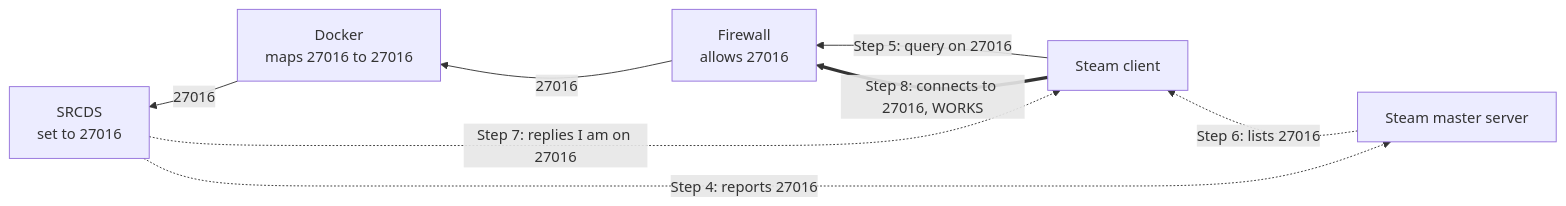
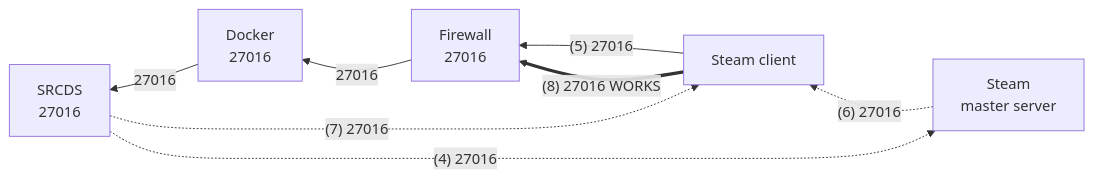
The second of 2 diagrams in networking/ports.md (GameServerManagers/LinuxGSM-Docs), drawn with Mermaid before and after one commit. The commit also changed other lines of this file, not shown here.

Commit message:
docs(networking): shorten diagram labels so they stay readable

````diff
--- a/networking/ports.md
+++ b/networking/ports.md
@@ -119,16 +119,16 @@
 ```mermaid
 flowchart RL
-    MASTER["Steam master server"]
+    MASTER["Steam<br/>master server"]
     CLIENT["Steam client"]
-    FW["Firewall<br/>allows 27016"]
-    DOCKER["Docker<br/>maps 27016 to 27016"]
-    SRCDS["SRCDS<br/>set to 27016"]
+    FW["Firewall<br/>27016"]
+    DOCKER["Docker<br/>27016"]
+    SRCDS["SRCDS<br/>27016"]
     MASTER ~~~ CLIENT ~~~ FW ~~~ DOCKER ~~~ SRCDS
-    CLIENT -- "Step 5: query on 27016" --> FW
+    CLIENT -- "(5) 27016" --> FW
     FW -- "27016" --> DOCKER
     DOCKER -- "27016" --> SRCDS
-    SRCDS -. "Step 4: reports 27016" .-> MASTER
-    MASTER -. "Step 6: lists 27016" .-> CLIENT
-    SRCDS -. "Step 7: replies I am on 27016" .-> CLIENT
-    CLIENT == "Step 8: connects to 27016, WORKS" ==> FW
+    SRCDS -. "(4) 27016" .-> MASTER
+    MASTER -. "(6) 27016" .-> CLIENT
+    SRCDS -. "(7) 27016" .-> CLIENT
+    CLIENT == "(8) 27016 WORKS" ==> FW
 ```
````
